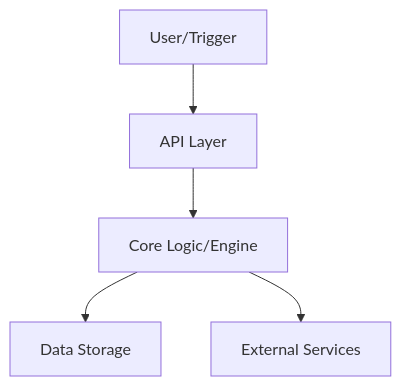
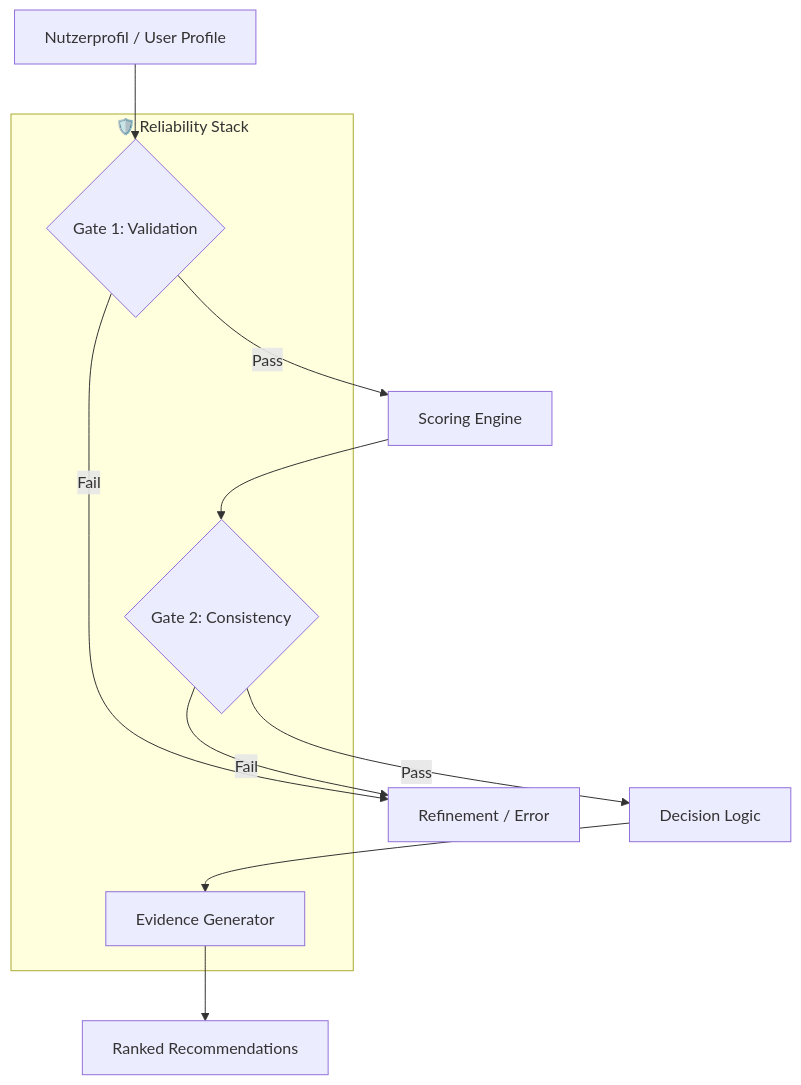
The first of 2 diagrams in README.md (Carefree1987/lucy-showcase), drawn with Mermaid before and after one commit. The commit also changed other lines of this file and 1 other file, not shown here.

````diff
--- a/README.md
+++ b/README.md
@@ -22,7 +26,19 @@
 ```mermaid
 graph TD
-    A[User/Trigger] --> B[API Layer]
-    B --> C[Core Logic/Engine]
-    C --> D[Data Storage]
-    C --> E[External Services]
+    A[Nutzerprofil / User Profile] --> B{Gate 1: Validation}
+    B -- Pass --> C[Scoring Engine]
+    B -- Fail --> Z[Refinement / Error]
+    
+    C --> D{Gate 2: Consistency}
+    D -- Pass --> E[Decision Logic]
+    D -- Fail --> Z
+    
+    E --> F[Evidence Generator]
+    F --> G[Ranked Recommendations]
+    
+    subgraph Reliability["🛡️ Reliability Stack"]
+        B
+        D
+        F
+    end
 ```
````
